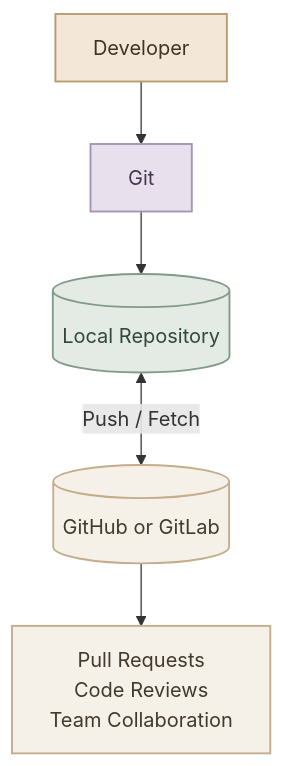
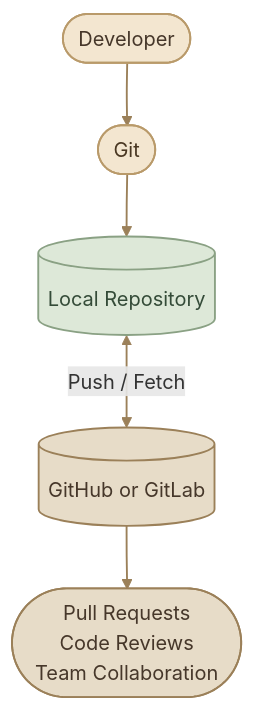
The fifth of 6 diagrams in content/version-control/Git and GitHub/version-control-fundamentals.mdx (mustafammasoud/ops-handbook), drawn with Mermaid before and after one commit. The commit also changed other lines of this file and 17 other files, not shown here.

````diff
--- a/content/version-control/Git and GitHub/version-control-fundamentals.mdx
+++ b/content/version-control/Git and GitHub/version-control-fundamentals.mdx
@@ -196,17 +212,19 @@
 ```mermaid
 flowchart TD
-    A["Developer"] --> B["Git"]
+    A(["Developer"]) --> B(["Git"])
     B --> C[("Local Repository")]
     C <-->|"Push / Fetch"| D[("GitHub or GitLab")]
-    D --> E["Pull Requests<br/>Code Reviews<br/>Team Collaboration"]
+    D --> E(["Pull Requests<br/>Code Reviews<br/>Team Collaboration"])
 
-    classDef developer fill:#F3E8D8,stroke:#B89A72,color:#403326,stroke-width:1.5px
-    classDef git fill:#E8E0ED,stroke:#A394B3,color:#44374F,stroke-width:1.5px
-    classDef repository fill:#E3EBE4,stroke:#829A87,color:#33483A,stroke-width:1.5px
-    classDef platform fill:#F6F1E8,stroke:#C3AD8C,color:#44392D,stroke-width:1.5px
+    classDef developer fill:#F3E6D0,stroke:#B99A6A,color:#46372A,stroke-width:1.5px
+    classDef git fill:#F3E6D0,stroke:#B99A6A,color:#493722,stroke-width:1.5px
+    classDef repository fill:#DDE8D8,stroke:#8AA184,color:#344B38,stroke-width:1.5px
+    classDef platform fill:#E7DCC8,stroke:#9B8059,color:#46372A,stroke-width:1.5px
 
     class A developer
     class B git
     class C repository
     class D,E platform
+
+    linkStyle default stroke:#9B8059,stroke-width:1.5px
 ```
````
